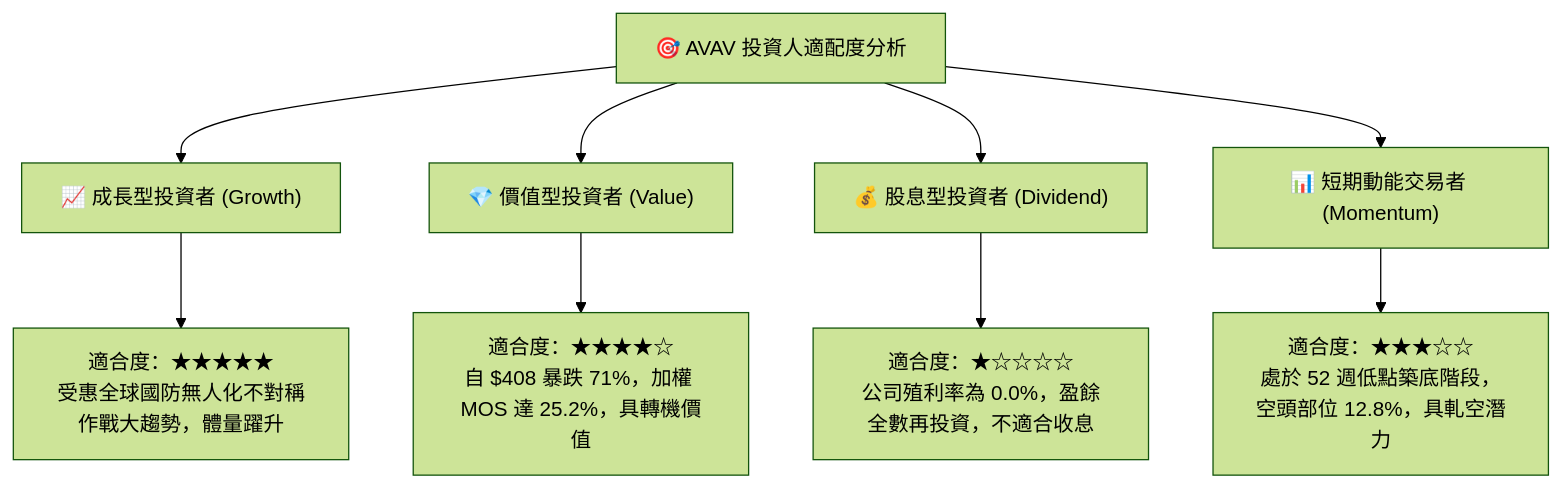
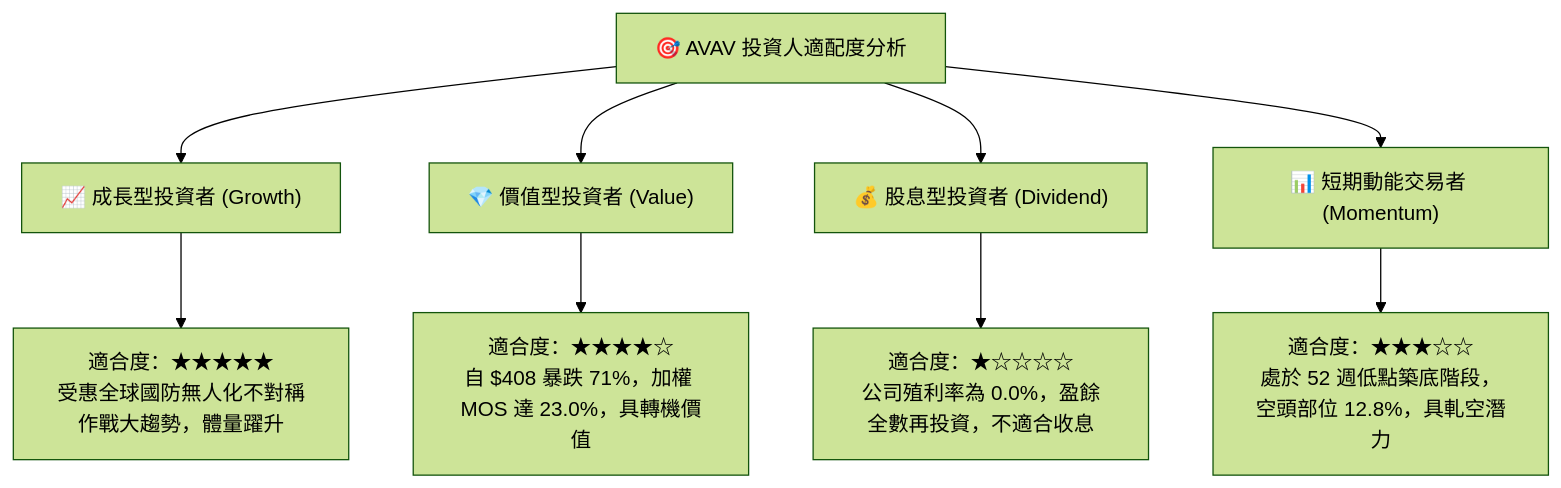
Diagram 15 of 15 in ai_gen_report/fundamental/avav/fundamental_analysis_2026-10-19_gemini.md (yennanliu/finance_data), drawn with Mermaid (forest theme) before and after one commit. The commit also changed other lines of this file and 339 other files, not shown here.

````diff
--- a/ai_gen_report/fundamental/avav/fundamental_analysis_2026-10-19_gemini.md
+++ b/ai_gen_report/fundamental/avav/fundamental_analysis_2026-10-19_gemini.md
@@ -1054,14 +1069,14 @@
 ```mermaid
 graph TD
     INV["🎯 AVAV 投資人適配度分析"]
 
     INV --> G["📈 成長型投資者 (Growth)"]
     INV --> V["💎 價值型投資者 (Value)"]
     INV --> D["💰 股息型投資者 (Dividend)"]
     INV --> T["📊 短期動能交易者 (Momentum)"]
 
     G --> G1["適合度：★★★★★<br/>受惠全球國防無人化不對稱作戰大趨勢，體量躍升"]
-    V --> V1["適合度：★★★★☆<br/>自 $408 暴跌 71%，加權 MOS 達 25.2%，具轉機價值"]
+    V --> V1["適合度：★★★★☆<br/>自 $408 暴跌 71%，加權 MOS 達 23.0%，具轉機價值"]
     D --> D1["適合度：★☆☆☆☆<br/>公司殖利率為 0.0%，盈餘全數再投資，不適合收息"]
     T --> T1["適合度：★★★☆☆<br/>處於 52 週低點築底階段，空頭部位 12.8%，具軋空潛力"]
 ```
````
